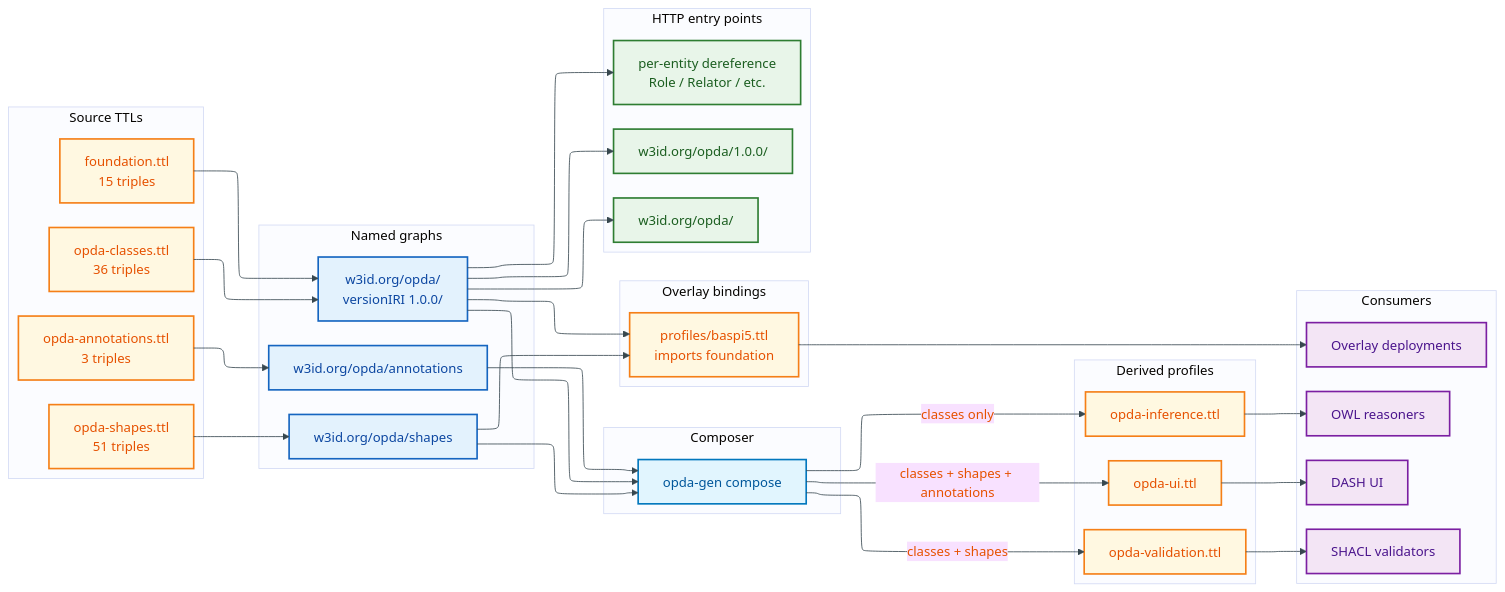
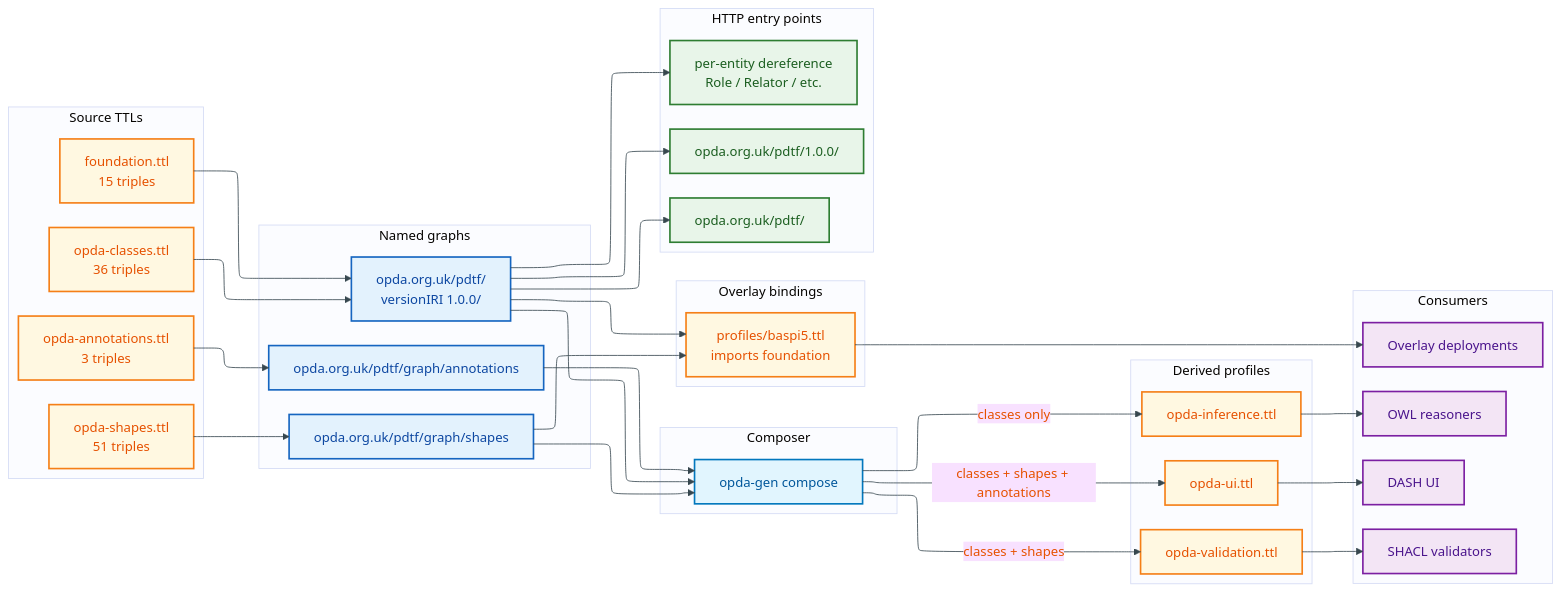
The diagram in docs/manual/physical-database/modules/foundation.md (sparkling/opda), drawn with Mermaid before and after one commit. The commit also changed other lines of this file and 98 other files, not shown here.

First line of the commit message:
docs: migrate live IRI references to opda.org.uk/pdtf scheme (swarm)

```diff
--- a/docs/manual/physical-database/modules/foundation.md
+++ b/docs/manual/physical-database/modules/foundation.md
@@ -101,9 +101,9 @@
     end
 
     subgraph NG["Named graphs"]
-        NGF["w3id.org/opda/<br/>versionIRI 1.0.0/"]:::infra
-        NGSh["w3id.org/opda/shapes"]:::infra
-        NGAn["w3id.org/opda/annotations"]:::infra
+        NGF["opda.org.uk/pdtf/<br/>versionIRI 1.0.0/"]:::infra
+        NGSh["opda.org.uk/pdtf/graph/shapes"]:::infra
+        NGAn["opda.org.uk/pdtf/graph/annotations"]:::infra
     end
 
     subgraph CMP["Composer"]
@@ -121,8 +121,8 @@
     end
 
     subgraph HTTP["HTTP entry points"]
-        H1["w3id.org/opda/"]:::service
-        H2["w3id.org/opda/1.0.0/"]:::service
+        H1["opda.org.uk/pdtf/"]:::service
+        H2["opda.org.uk/pdtf/1.0.0/"]:::service
         H3["per-entity dereference<br/>Role / Relator / etc."]:::service
     end
 
```
